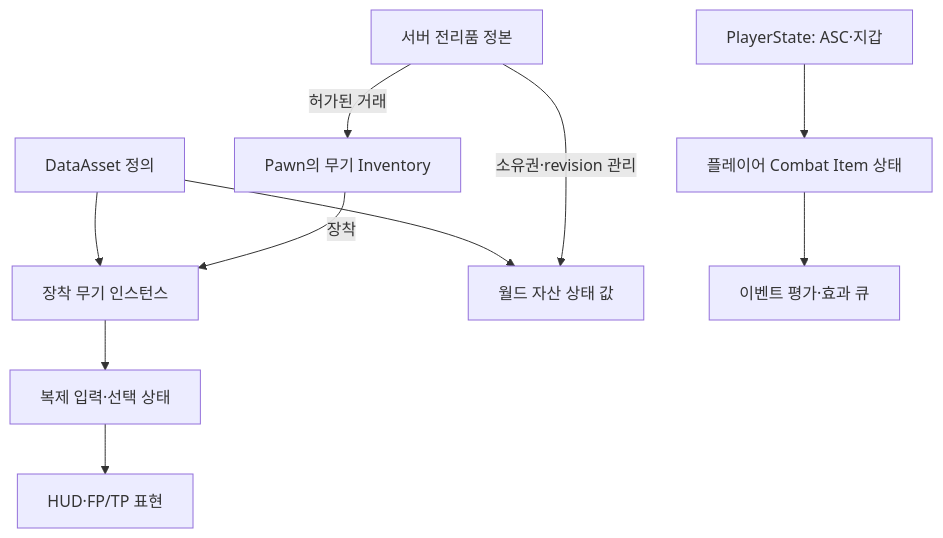
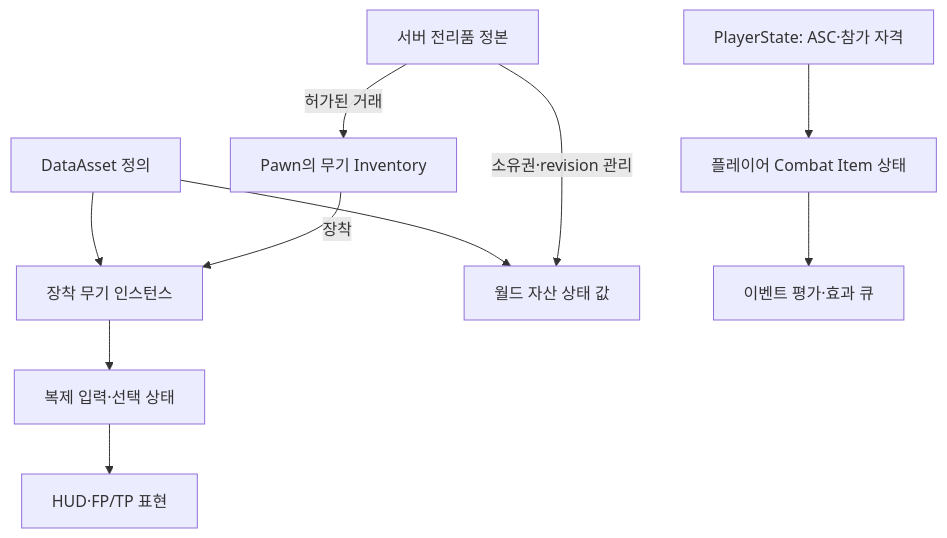
The diagram in docs/01-architecture.md (Hato-1998/FPSRoguelite-Portfolio), drawn with Mermaid before and after one commit. The commit also changed other lines of this file and 10 other files, not shown here.

````diff
--- a/docs/01-architecture.md
+++ b/docs/01-architecture.md
@@ -26,12 +26,12 @@
 ```mermaid
 flowchart TD
     DA["DataAsset 정의"] --> Instance["장착 무기 인스턴스"]
     DA --> Value["월드 자산 상태 값"]
     Ledger["서버 전리품 정본"] -->|"소유권·revision 관리"| Value
     Inventory["Pawn의 무기 Inventory"] -->|"장착"| Instance
     Ledger -->|"허가된 거래"| Inventory
-    PS["PlayerState: ASC·지갑"] --> Build["플레이어 Combat Item 상태"]
+    PS["PlayerState: ASC·참가 자격"] --> Build["플레이어 Combat Item 상태"]
     Build --> Events["이벤트 평가·효과 큐"]
     Instance --> Rep["복제 입력·선택 상태"]
     Rep --> Visual["HUD·FP/TP 표현"]
 ```
````
